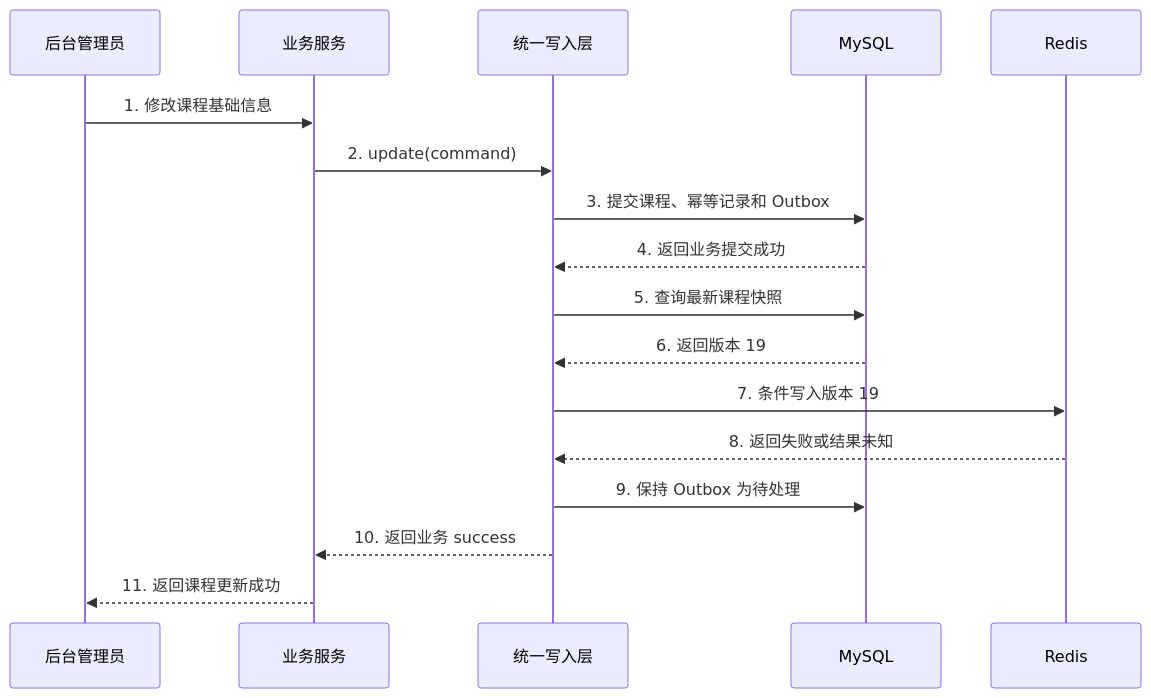
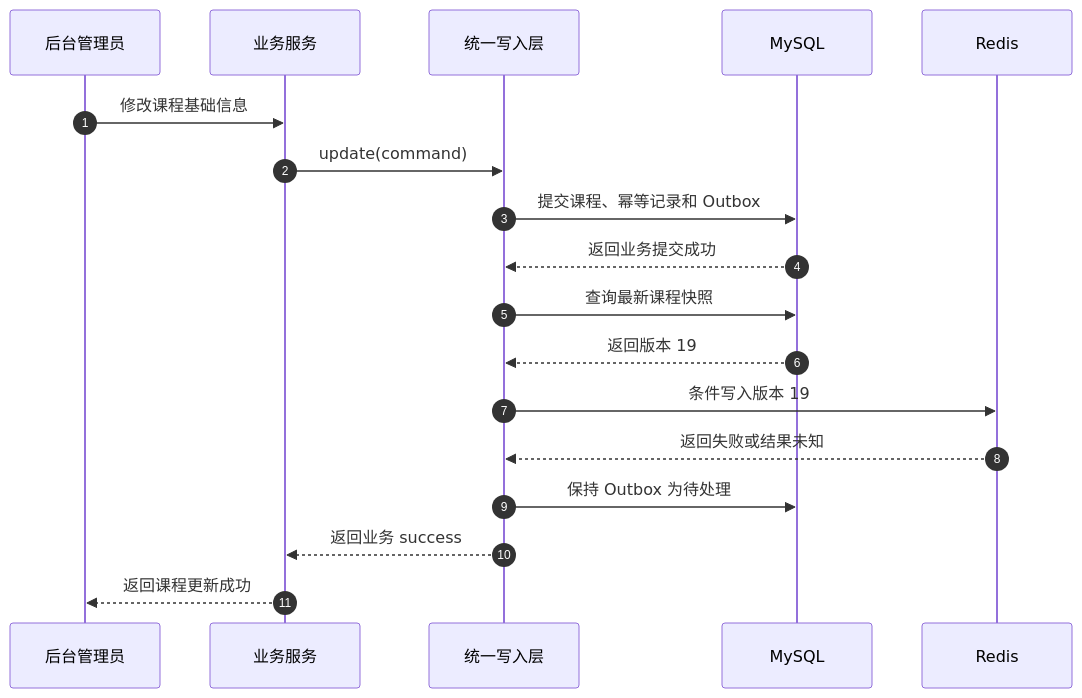
Before and after one commit to zdl20251023-pixel/agent-frame: diagram 19 of 27 in docs/redis/126-redis-4种缓存模式-分享版-极简版.md, drawn with Mermaid. The commit also changed other lines of this file, not shown here.

Commit message:
redis 四大缓存模式 分享-极简版

````diff
--- a/docs/redis/126-redis-4种缓存模式-分享版-极简版.md
+++ b/docs/redis/126-redis-4种缓存模式-分享版-极简版.md
@@ -816,24 +834,25 @@
 ```mermaid
 sequenceDiagram
+    autonumber
     participant Admin as 后台管理员
     participant Service as 业务服务
     participant Store as 统一写入层
     participant MySQL as MySQL
     participant Redis as Redis
 
-    Admin->>Service: 1. 修改课程基础信息
-    Service->>Store: 2. update(command)
+    Admin->>Service: 修改课程基础信息
+    Service->>Store: update(command)
 
-    Store->>MySQL: 3. 提交课程、幂等记录和 Outbox
-    MySQL-->>Store: 4. 返回业务提交成功
+    Store->>MySQL: 提交课程、幂等记录和 Outbox
+    MySQL-->>Store: 返回业务提交成功
 
-    Store->>MySQL: 5. 查询最新课程快照
-    MySQL-->>Store: 6. 返回版本 19
+    Store->>MySQL: 查询最新课程快照
+    MySQL-->>Store: 返回版本 19
 
-    Store->>Redis: 7. 条件写入版本 19
-    Redis-->>Store: 8. 返回失败或结果未知
+    Store->>Redis: 条件写入版本 19
+    Redis-->>Store: 返回失败或结果未知
 
-    Store->>MySQL: 9. 保持 Outbox 为待处理
-    Store-->>Service: 10. 返回业务 success
-    Service-->>Admin: 11. 返回课程更新成功
+    Store->>MySQL: 保持 Outbox 为待处理
+    Store-->>Service: 返回业务 success
+    Service-->>Admin: 返回课程更新成功
 ```
````
